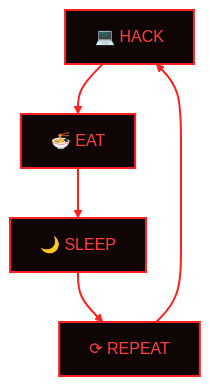
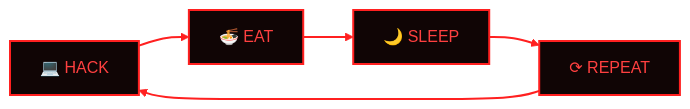
The diagram in README.md (PenielMelaku/PenielMelaku), drawn with Mermaid before and after one commit. The commit also changed other lines of this file, not shown here.

````diff
--- a/README.md
+++ b/README.md
@@ -79,17 +77,17 @@
 ```mermaid
-flowchart TD
+flowchart LR
     A["💻 HACK<br/>"]
     B["🍜 EAT<br/>"]
     C["🌙 SLEEP<br/>"]
     D["⟳ REPEAT<br/>"]
 
     A --> B
     B --> C
     C --> D
     D --> A
 
     classDef hacker fill:#100505,stroke:#ff2020,color:#ff4040,stroke-width:2px
     class A,B,C,D hacker
 
     linkStyle default stroke:#ff2020,stroke-width:2px
 ```
````
